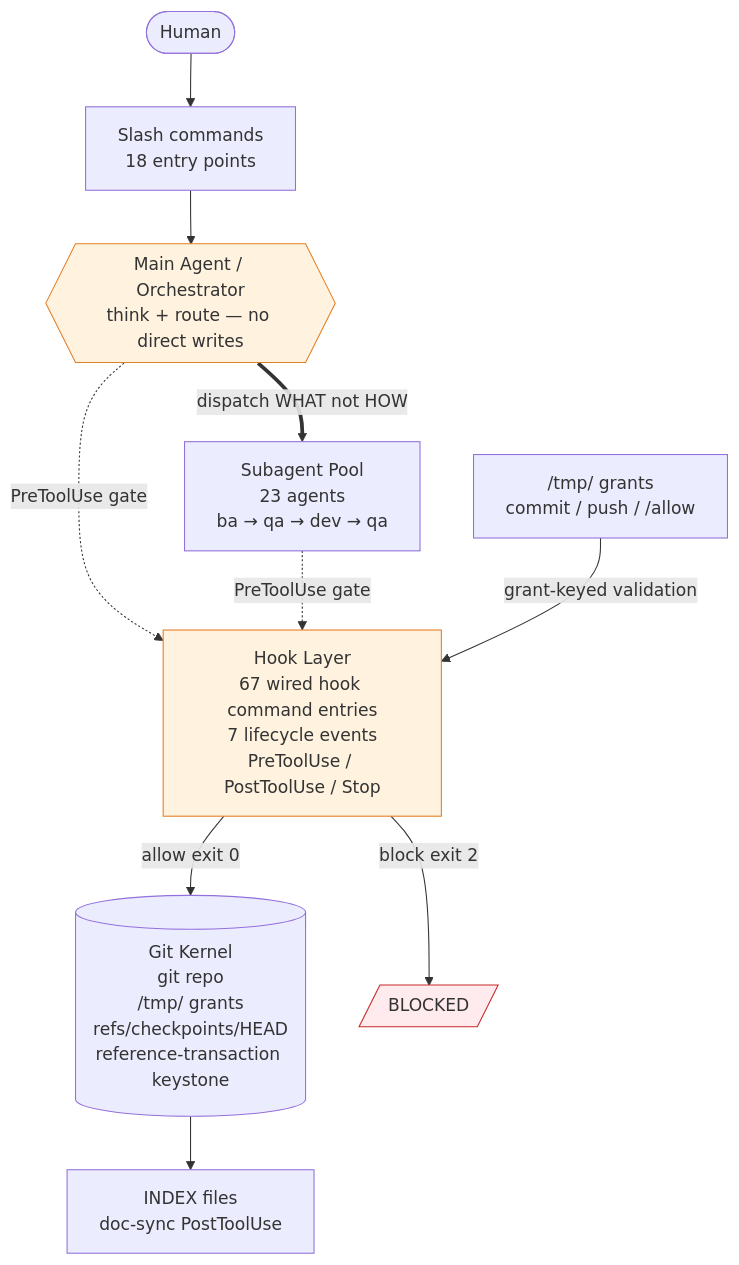
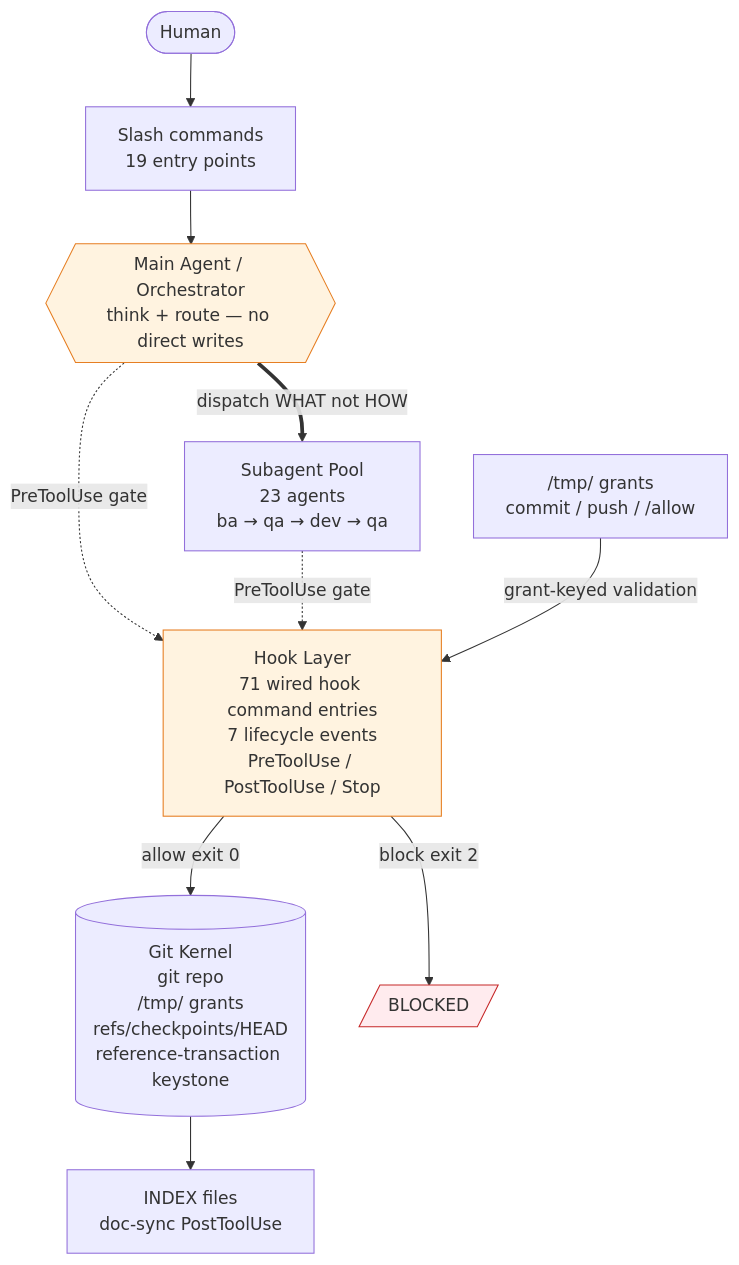
One commit to Yugoge/awesome-claude-harness changed the first of 3 diagrams in README.md. Above: the diagram before and after it, drawn with Mermaid. The commit also changed other lines of this file and 15 other files, not shown here.

````diff
--- a/README.md
+++ b/README.md
@@ -65,21 +66,21 @@
 ```mermaid
 graph TD
-    U([Human]) --> CMD[Slash commands<br/>18 entry points]
+    U([Human]) --> CMD[Slash commands<br/>19 entry points]
     CMD --> ORC{{Main Agent / Orchestrator<br/>think + route — no direct writes}}
 
     ORC -.->|PreToolUse gate| HL
     SUB -.->|PreToolUse gate| HL
 
     ORC ==>|dispatch WHAT not HOW| SUB[Subagent Pool<br/>23 agents<br/>ba → qa → dev → qa]
 
-    HL[Hook Layer<br/>67 wired hook command entries<br/>7 lifecycle events<br/>PreToolUse / PostToolUse / Stop] -->|allow exit 0| GK[(Git Kernel<br/>git repo<br/>/tmp/ grants<br/>refs/checkpoints/HEAD<br/>reference-transaction keystone)]
+    HL[Hook Layer<br/>71 wired hook command entries<br/>7 lifecycle events<br/>PreToolUse / PostToolUse / Stop] -->|allow exit 0| GK[(Git Kernel<br/>git repo<br/>/tmp/ grants<br/>refs/checkpoints/HEAD<br/>reference-transaction keystone)]
     HL -->|block exit 2| BLK[/BLOCKED/]
 
     GK --> IDX[INDEX files<br/>doc-sync PostToolUse]
     TMP["/tmp/ grants<br/>commit / push / /allow"] -->|grant-keyed validation| HL
 
     classDef restricted fill:#ffebee,stroke:#c62828
     classDef gate fill:#fff3e0,stroke:#e67e22
     class BLK restricted
     class ORC,HL gate
 ```
````
